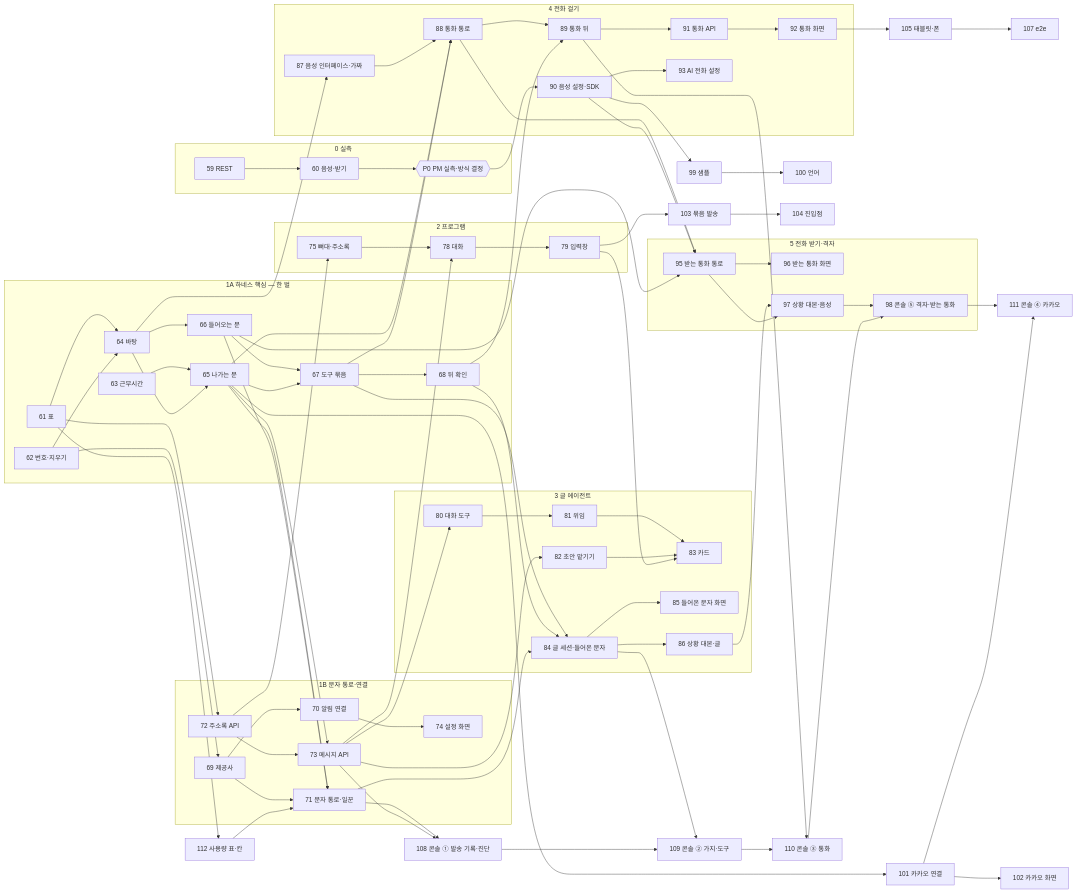
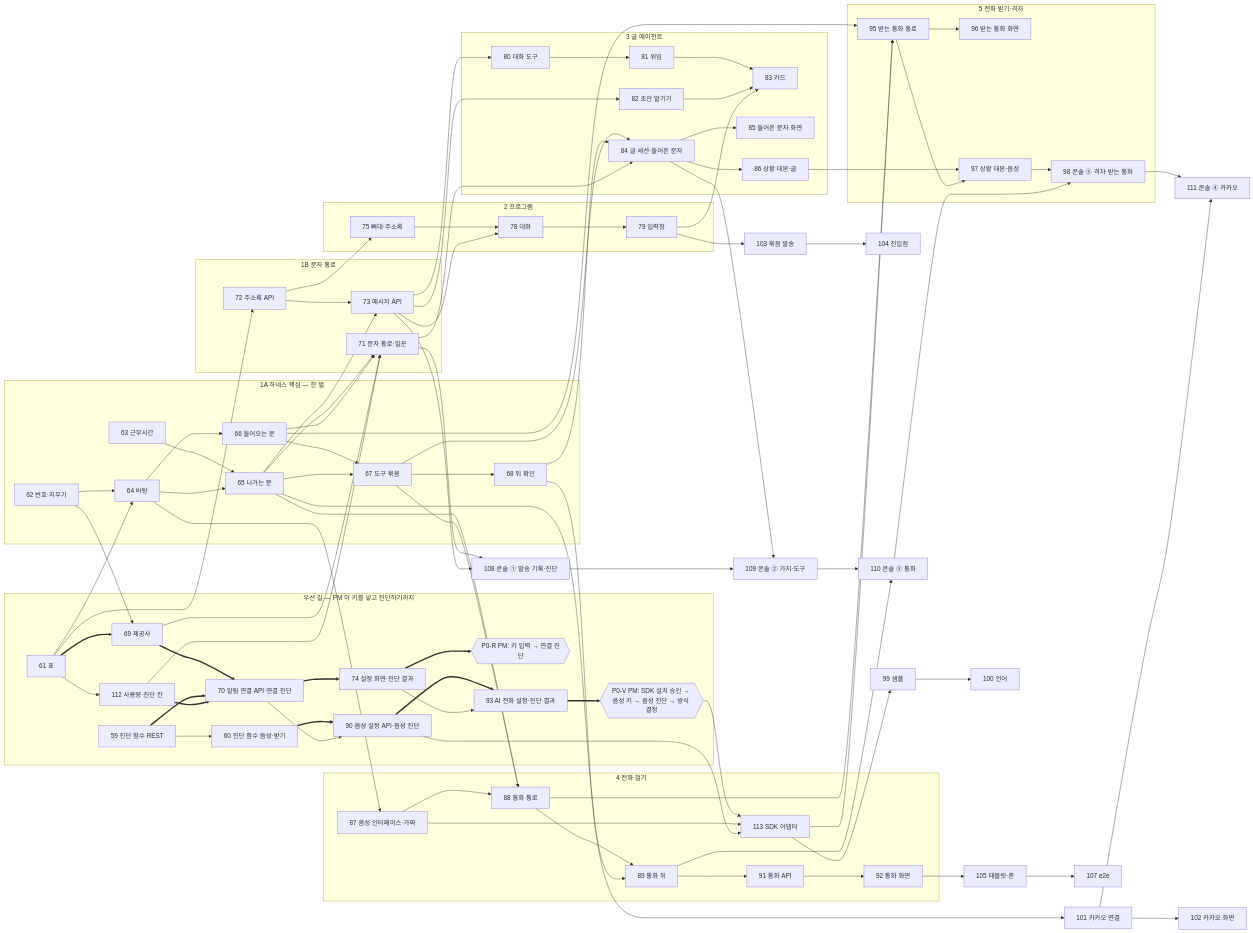
One commit to sohnjangho/chronos changed the diagram in docs/plans/2026-11-23-chronos-plan-4-contacts-outreach.md. Above: the diagram before and after it, drawn with Mermaid. The commit also changed other lines of this file, not shown here.

````diff
--- a/docs/plans/2026-11-23-chronos-plan-4-contacts-outreach.md
+++ b/docs/plans/2026-11-23-chronos-plan-4-contacts-outreach.md
@@ -51,59 +54,66 @@
 ```mermaid
 graph LR
-  subgraph S0[0 실측]
-    T59[59 REST] --> T60[60 음성·받기] --> P0{{P0 PM 실측·방식 결정}}
+  subgraph LANE[우선 길 — PM 이 키를 넣고 진단하기까지]
+    T61[61 표] ==> T69[69 제공사] ==> T70[70 알림 연결 API·연결 진단] ==> T74[74 설정 화면·진단 결과] ==> P0R{{P0-R PM: 키 입력 → 연결 진단}}
+    T59[59 진단 함수 REST] ==> T70
+    T61 --> T112[112 사용량·진단 칸] ==> T70
+    T59 --> T60[60 진단 함수 음성·받기] ==> T90[90 음성 설정 API·음성 진단] ==> T93[93 AI 전화 설정·진단 결과] ==> P0V{{P0-V PM: SDK 설치 승인 → 음성 키 → 음성 진단 → 방식 결정}}
+    T70 --> T90
+    T74 --> T93
   end
   subgraph S1A[1A 하네스 핵심 — 한 벌]
-    T61[61 표] --> T64[64 바탕]
+    T61 --> T64[64 바탕]
     T62[62 번호·지우기] --> T64
+    T62 --> T69
     T63[63 근무시간] --> T65[65 나가는 문]
     T64 --> T65
     T64 --> T66[66 들어오는 문] --> T67[67 도구 묶음] --> T68[68 뒤 확인]
     T65 --> T67
   end
-  subgraph S1B[1B 문자 통로·연결]
-    T62 --> T69[69 제공사] --> T70[70 알림 연결] --> T74[74 설정 화면]
+  subgraph S1B[1B 문자 통로]
     T65 --> T71[71 문자 통로·일꾼]
     T66 --> T71
     T69 --> T71
+    T112 --> T71
     T61 --> T72[72 주소록 API] --> T73[73 메시지 API]
     T65 --> T73
   end
   subgraph S2[2 프로그램]
     T72 --> T75[75 뼈대·주소록] --> T78[78 대화] --> T79[79 입력창]
     T73 --> T78
   end
   subgraph S3[3 글 에이전트]
     T73 --> T80[80 대화 도구] --> T81[81 위임] --> T83[83 카드]
     T73 --> T82[82 초안 맡기기] --> T83
     T79 --> T83
     T67 --> T84[84 글 세션·들어온 문자]
     T68 --> T84
     T71 --> T84 --> T85[85 들어온 문자 화면]
     T84 --> T86[86 상황 대본·글]
   end
   subgraph S4[4 전화 걸기]
     T64 --> T87[87 음성 인터페이스·가짜] --> T88[88 통화 통로]
     T65 --> T88
     T67 --> T88 --> T89[89 통화 뒤] --> T91[91 통화 API] --> T92[92 통화 화면]
     T68 --> T89
-    P0 --> T90[90 음성 설정·SDK] --> T93[93 AI 전화 설정]
+    P0V --> T113[113 SDK 어댑터]
+    T87 --> T113
+    T90 --> T113
   end
   subgraph S5[5 전화 받기·격자]
     T66 --> T95[95 받는 통화 통로]
     T88 --> T95
-    T90 --> T95 --> T96[96 받는 통화 화면]
+    T113 --> T95 --> T96[96 받는 통화 화면]
     T86 --> T97[97 상황 대본·음성] --> T98[98 콘솔 ⑤ 격자·받는 통화]
     T95 --> T97
   end
-  T90 --> T99[99 샘플] --> T100[100 언어]
+  T113 --> T99[99 샘플] --> T100[100 언어]
   T65 --> T101[101 카카오 연결] --> T102[102 카카오 화면]
   T79 --> T103[103 묶음 발송] --> T104[104 진입점]
   T92 --> T105[105 태블릿·폰] --> T107[107 e2e]
   T71 --> T108[108 콘솔 ① 발송 기록·진단] --> T109[109 콘솔 ② 가지·도구] --> T110[110 콘솔 ③ 통화] --> T98 --> T111[111 콘솔 ④ 카카오]
   T73 --> T108
   T101 --> T111
   T84 --> T109
   T89 --> T110
-  T61 --> T112[112 사용량 표·칸] --> T71
 ```
````
